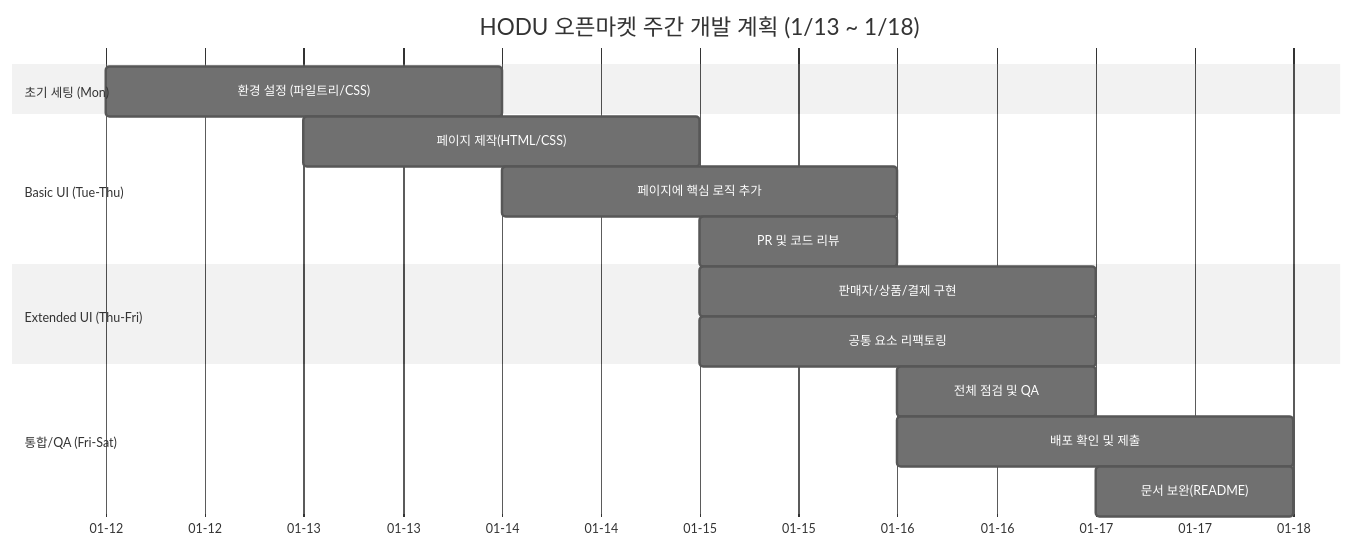
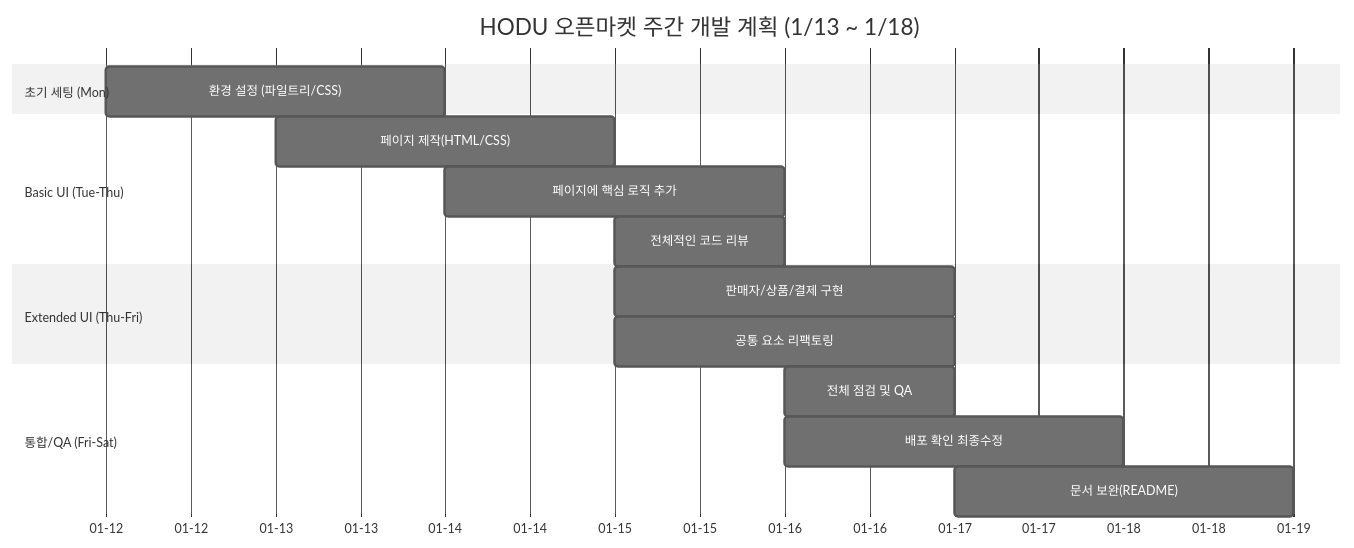
Before and after one commit to DongmyeongBack/openMarket: the first of 2 diagrams in README.md, drawn with Mermaid (neutral theme). The commit also changed other lines of this file, not shown here.

````diff
--- a/README.md
+++ b/README.md
@@ -28,24 +28,24 @@
 ```mermaid
 %%{init: { 'gantt': { 'barHeight': 40, 'fontSize': 10, 'sectionFontSize': 10, 'barGap': 0 } } }%%
 gantt
     title HODU 오픈마켓 주간 개발 계획 (1/13 ~ 1/18)
     dateFormat YYYY-MM-DD
     axisFormat %m-%d
 
     section 초기 세팅 (Mon)
         환경 설정 (파일트리/CSS)       :2026-01-12, 2d
 
     section Basic UI (Tue-Thu)
         페이지 제작(HTML/CSS)            :2026-01-13, 2d
         페이지에 핵심 로직 추가      :2026-01-14, 2d
-        PR 및 코드 리뷰               :2026-01-15, 1d
+        전체적인 코드 리뷰               :2026-01-15, 1d
 
     section Extended UI (Thu-Fri)
         판매자/상품/결제 구현          :2026-01-15, 2d
         공통 요소 리팩토링            :2026-01-15, 2d
 
     section 통합/QA (Fri-Sat)
         전체 점검 및 QA               :2026-01-16, 1d
-        배포 확인 및 제출              :2026-01-16, 2d
-        문서 보완(README)             :2026-01-17, 1d
+        배포 확인 최종수정              :2026-01-16, 2d
+        문서 보완(README)             :2026-01-17, 2d
 ```
````
